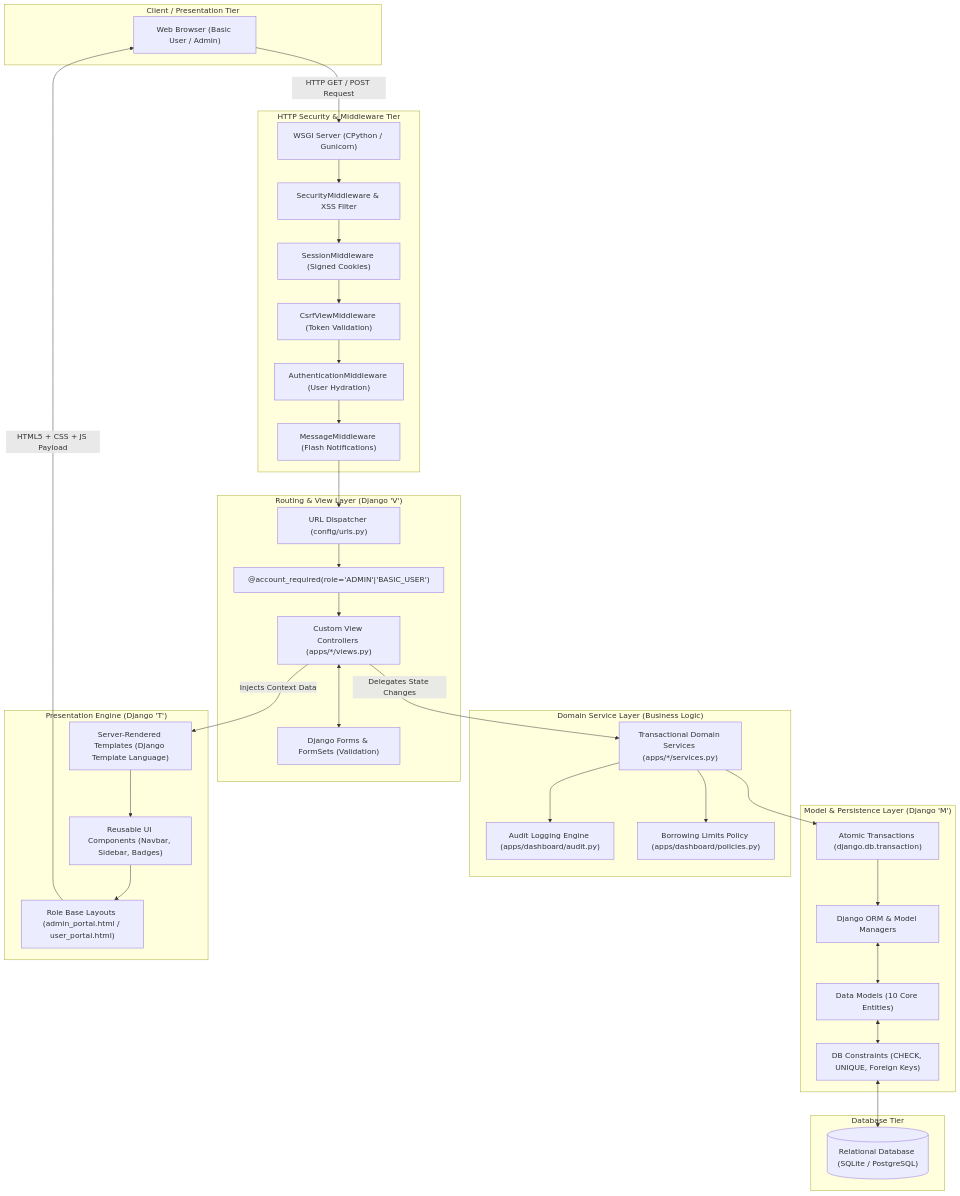
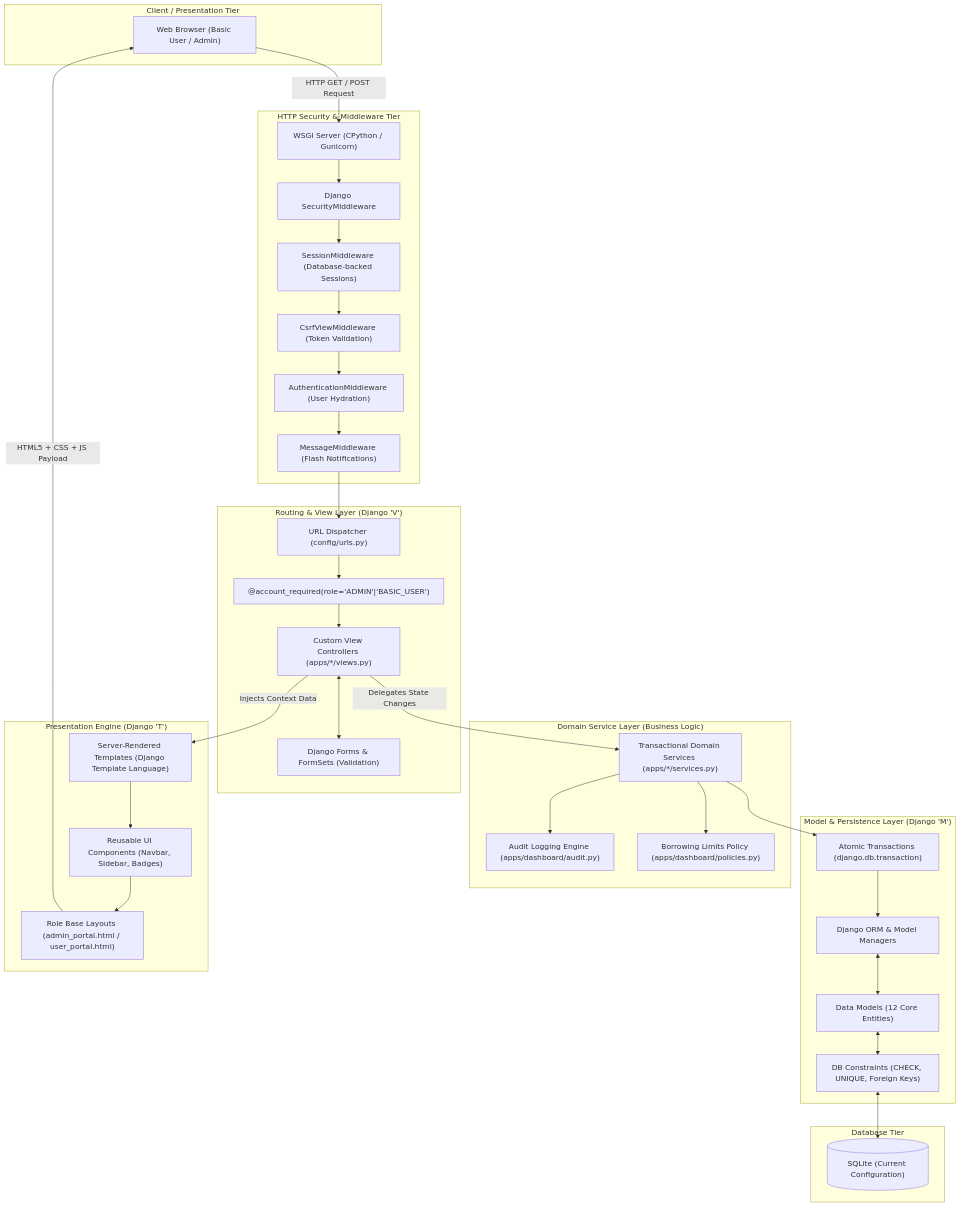
One commit to selrahcjstn/Campus-Equipment-System changed the diagram in docs/final-submission/SYSTEM_ARCHITECTURE.md. Above: the diagram before and after it, drawn with Mermaid. The commit also changed other lines of this file and 64 other files, not shown here.

````diff
--- a/docs/final-submission/SYSTEM_ARCHITECTURE.md
+++ b/docs/final-submission/SYSTEM_ARCHITECTURE.md
@@ -14,64 +14,64 @@
 ```mermaid
 flowchart TD
     subgraph ClientTier["Client / Presentation Tier"]
         Browser["Web Browser (Basic User / Admin)"]
     end
 
     subgraph SecurityTier["HTTP Security & Middleware Tier"]
         WSGI["WSGI Server (CPython / Gunicorn)"]
-        SecurityMW["SecurityMiddleware & XSS Filter"]
-        SessionMW["SessionMiddleware (Signed Cookies)"]
+        SecurityMW["Django SecurityMiddleware"]
+        SessionMW["SessionMiddleware (Database-backed Sessions)"]
         CSRFMW["CsrfViewMiddleware (Token Validation)"]
         AuthMW["AuthenticationMiddleware (User Hydration)"]
         MessageMW["MessageMiddleware (Flash Notifications)"]
     end
 
     subgraph ControllerTier["Routing & View Layer (Django 'V')"]
         URLConf["URL Dispatcher (config/urls.py)"]
         RoleGuard["@account_required(role='ADMIN'|'BASIC_USER')"]
         Views["Custom View Controllers (apps/*/views.py)"]
         Forms["Django Forms & FormSets (Validation)"]
     end
 
     subgraph ServiceTier["Domain Service Layer (Business Logic)"]
         Services["Transactional Domain Services (apps/*/services.py)"]
         AuditEngine["Audit Logging Engine (apps/dashboard/audit.py)"]
         Policies["Borrowing Limits Policy (apps/dashboard/policies.py)"]
     end
 
     subgraph ModelTier["Model & Persistence Layer (Django 'M')"]
         ORM["Django ORM & Model Managers"]
-        Models["Data Models (10 Core Entities)"]
+        Models["Data Models (12 Core Entities)"]
         Constraints["DB Constraints (CHECK, UNIQUE, Foreign Keys)"]
         Transactions["Atomic Transactions (django.db.transaction)"]
     end
 
     subgraph TemplateTier["Presentation Engine (Django 'T')"]
         Templates["Server-Rendered Templates (Django Template Language)"]
         Components["Reusable UI Components (Navbar, Sidebar, Badges)"]
         BaseLayouts["Role Base Layouts (admin_portal.html / user_portal.html)"]
     end
 
     subgraph DatabaseTier["Database Tier"]
-        RDBMS[("Relational Database (SQLite / PostgreSQL)")]
+        RDBMS[("SQLite (Current Configuration)")]
     end
 
     Browser -->|HTTP GET / POST Request| WSGI
     WSGI --> SecurityMW --> SessionMW --> CSRFMW --> AuthMW --> MessageMW
     MessageMW --> URLConf
     URLConf --> RoleGuard
     RoleGuard --> Views
     Views <--> Forms
     Views -->|Delegates State Changes| Services
     Services --> AuditEngine
     Services --> Policies
     Services --> Transactions
     Transactions --> ORM
     ORM <--> Models
     Models <--> Constraints
     Constraints <--> RDBMS
     Views -->|Injects Context Data| Templates
     Templates --> Components
     Components --> BaseLayouts
     BaseLayouts -->|HTML5 + CSS + JS Payload| Browser
 ```
````
